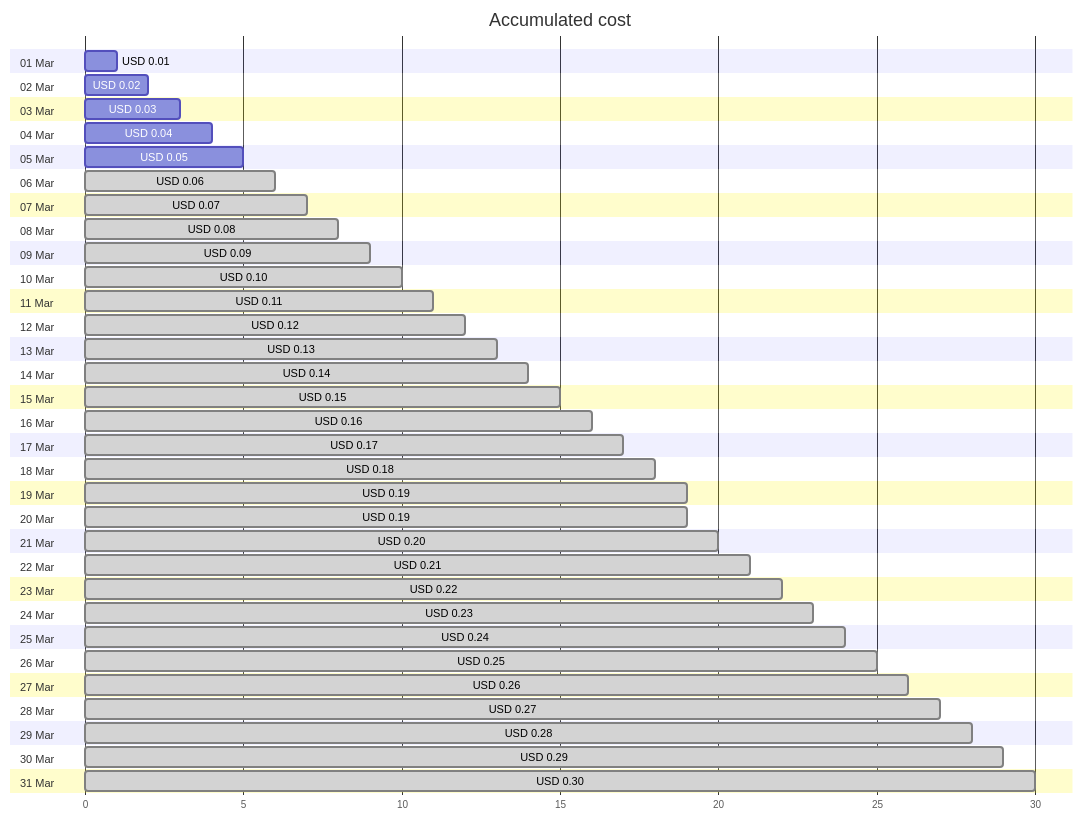
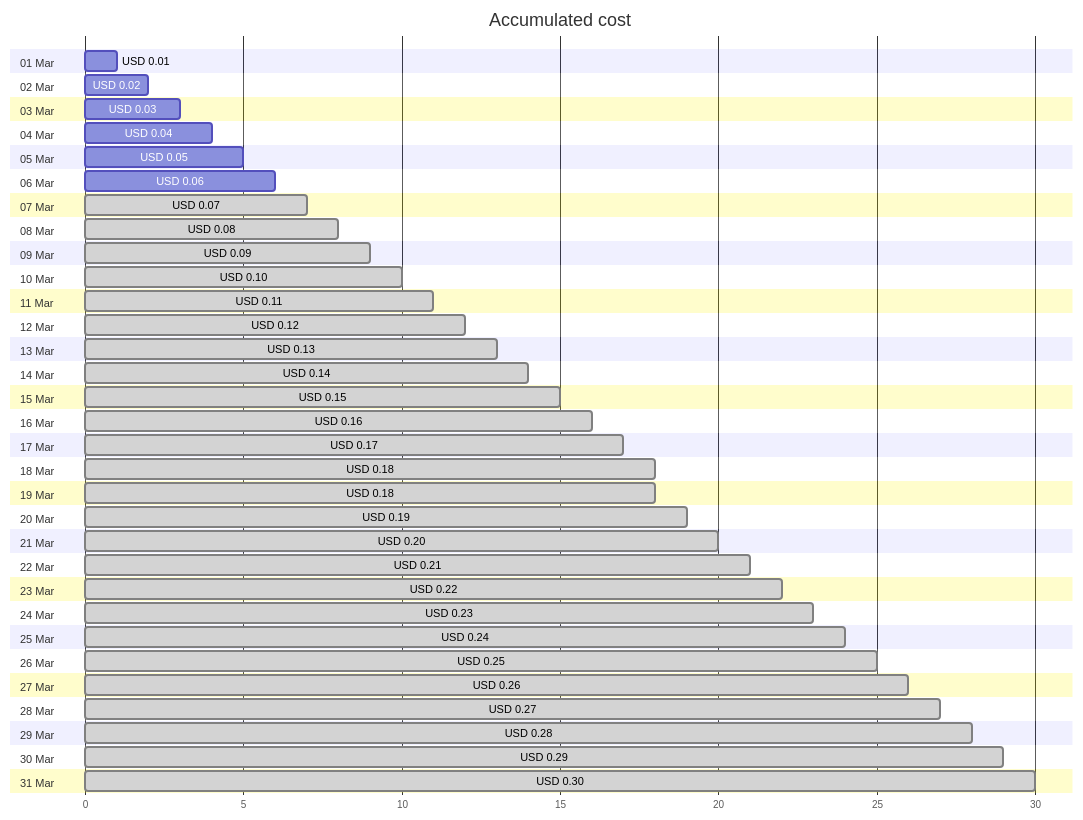
The first of 4 diagrams in cost-reports/cloud-shell-storage-eastus/cs2100300008c8d894b.md (jpfulton/azure-personal-reports), drawn with Mermaid before and after one commit. The commit also changed other lines of this file and 1 other file, not shown here.

````diff
--- a/cost-reports/cloud-shell-storage-eastus/cs2100300008c8d894b.md
+++ b/cost-reports/cloud-shell-storage-eastus/cs2100300008c8d894b.md
@@ -20,68 +20,68 @@
 ```mermaid
 gantt
    title Accumulated cost
    dateFormat  X
    axisFormat %s
    section 01 Mar
    USD 0.01 :0, 1
    section 02 Mar
    USD 0.02 :0, 2
    section 03 Mar
    USD 0.03 :0, 3
    section 04 Mar
    USD 0.04 :0, 4
    section 05 Mar
    USD 0.05 :0, 5
    section 06 Mar
-   USD 0.06 : done, 0, 6
+   USD 0.06 :0, 6
    section 07 Mar
    USD 0.07 : done, 0, 7
    section 08 Mar
    USD 0.08 : done, 0, 8
    section 09 Mar
    USD 0.09 : done, 0, 9
    section 10 Mar
    USD 0.10 : done, 0, 10
    section 11 Mar
    USD 0.11 : done, 0, 11
    section 12 Mar
    USD 0.12 : done, 0, 12
    section 13 Mar
    USD 0.13 : done, 0, 13
    section 14 Mar
    USD 0.14 : done, 0, 14
    section 15 Mar
    USD 0.15 : done, 0, 15
    section 16 Mar
    USD 0.16 : done, 0, 16
    section 17 Mar
    USD 0.17 : done, 0, 17
    section 18 Mar
    USD 0.18 : done, 0, 18
    section 19 Mar
-   USD 0.19 : done, 0, 19
+   USD 0.18 : done, 0, 18
    section 20 Mar
    USD 0.19 : done, 0, 19
    section 21 Mar
    USD 0.20 : done, 0, 20
    section 22 Mar
    USD 0.21 : done, 0, 21
    section 23 Mar
    USD 0.22 : done, 0, 22
    section 24 Mar
    USD 0.23 : done, 0, 23
    section 25 Mar
    USD 0.24 : done, 0, 24
    section 26 Mar
    USD 0.25 : done, 0, 25
    section 27 Mar
    USD 0.26 : done, 0, 26
    section 28 Mar
    USD 0.27 : done, 0, 27
    section 29 Mar
    USD 0.28 : done, 0, 28
    section 30 Mar
    USD 0.29 : done, 0, 29
    section 31 Mar
    USD 0.30 : done, 0, 30
 ```
````
